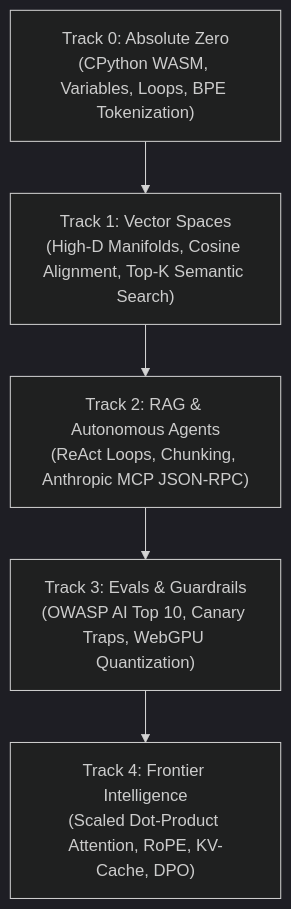
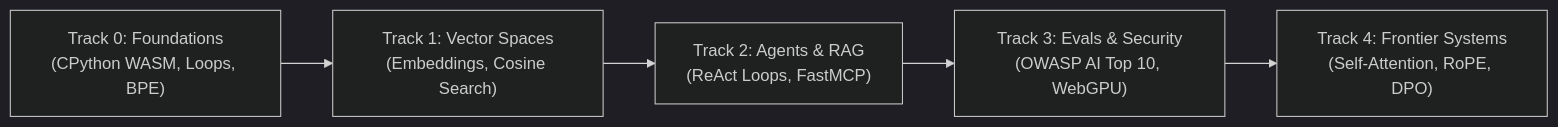
Before and after one commit to Adilrafiq001/OpenGuideForAI: the diagram in README.md, drawn with Mermaid (dark theme). The commit also changed other lines of this file and 1 other file, not shown here.

Commit message:
docs: streamline README with 'OWN THE INTELLIGENCE' brand tagline and move deep specifications to explainer

````diff
--- a/README.md
+++ b/README.md
@@ -213,10 +70,10 @@
 ```mermaid
-graph TD
-    T0["Track 0: Absolute Zero<br/>(CPython WASM, Variables, Loops, BPE Tokenization)"]
-    T1["Track 1: Vector Spaces<br/>(High-D Manifolds, Cosine Alignment, Top-K Semantic Search)"]
-    T2["Track 2: RAG & Autonomous Agents<br/>(ReAct Loops, Chunking, Anthropic MCP JSON-RPC)"]
-    T3["Track 3: Evals & Guardrails<br/>(OWASP AI Top 10, Canary Traps, WebGPU Quantization)"]
-    T4["Track 4: Frontier Intelligence<br/>(Scaled Dot-Product Attention, RoPE, KV-Cache, DPO)"]
+graph LR
+    T0["Track 0: Foundations<br/>(CPython WASM, Loops, BPE)"]
+    T1["Track 1: Vector Spaces<br/>(Embeddings, Cosine Search)"]
+    T2["Track 2: Agents & RAG<br/>(ReAct Loops, FastMCP)"]
+    T3["Track 3: Evals & Security<br/>(OWASP AI Top 10, WebGPU)"]
+    T4["Track 4: Frontier Systems<br/>(Self-Attention, RoPE, DPO)"]
 
     T0 --> T1 --> T2 --> T3 --> T4
 ```
````
